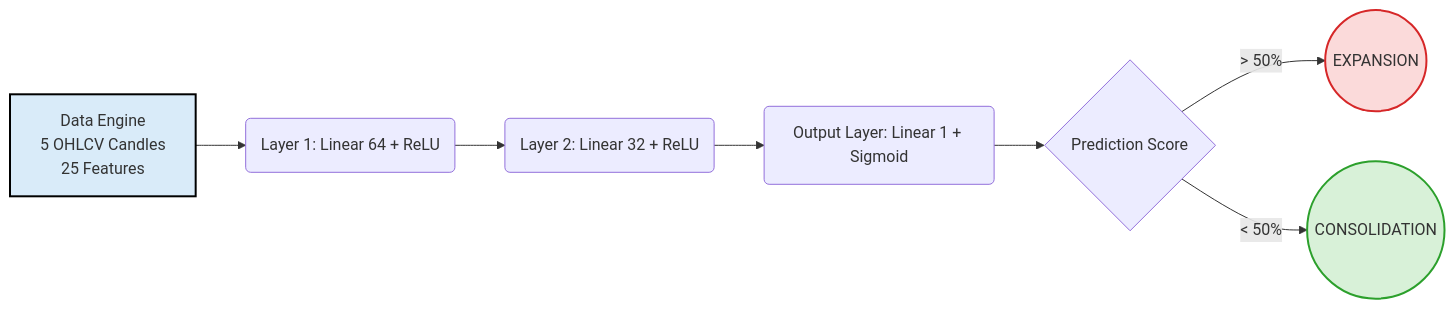
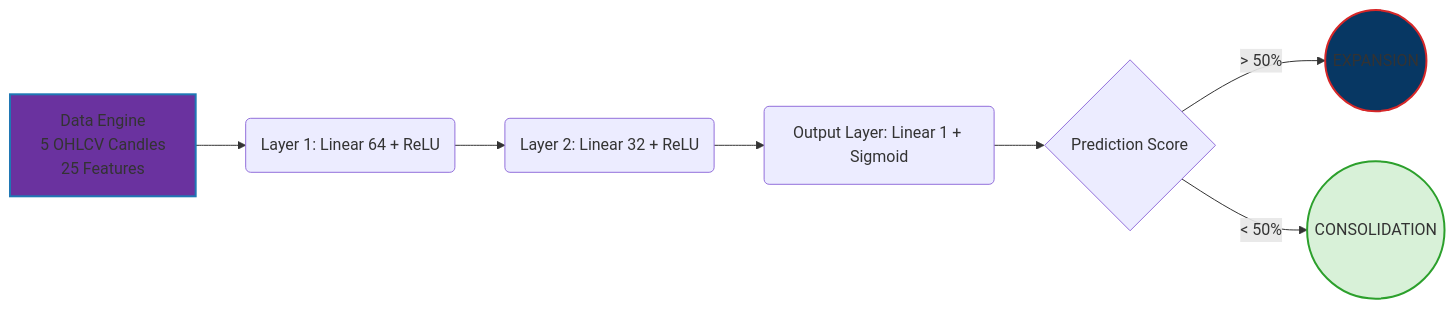
Before and after one commit to PotatoCodez127/omni-volatility-classifier: the diagram in README.md, drawn with Mermaid.

````diff
--- a/README.md
+++ b/README.md
@@ -9,13 +9,13 @@
 ```mermaid
 graph LR
     A[Data Engine<br/>5 OHLCV Candles<br/>25 Features] --> B(Layer 1: Linear 64 + ReLU)
     B --> C(Layer 2: Linear 32 + ReLU)
     C --> D(Output Layer: Linear 1 + Sigmoid)
     D --> E{Prediction Score}
     E -->|> 50%| F((EXPANSION))
     E -->|< 50%| G((CONSOLIDATION))
     
-    style A fill:#d9ebf9,stroke:#000000,stroke-width:2px
-    style F fill:#fbdada,stroke:#d62728,stroke-width:2px
+    style A fill:#6a329f,stroke:#1f77b4,stroke-width:2px
+    style F fill:#073763,stroke:#d62728,stroke-width:2px
     style G fill:#d8f1d8,stroke:#2ca02c,stroke-width:2px
 ```
````
